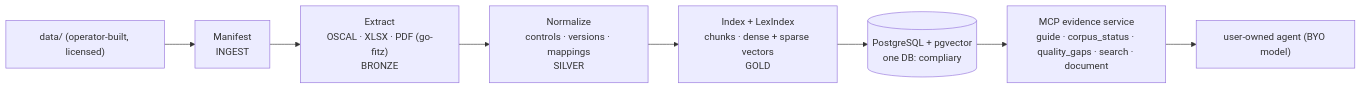
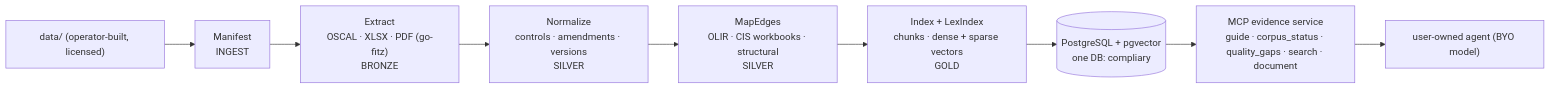
One commit to dannyota/compliary changed the diagram in docs/ARCHITECTURE.md. Above: the diagram before and after it, drawn with Mermaid. The commit also changed other lines of this file and 7 other files, not shown here.

````diff
--- a/docs/ARCHITECTURE.md
+++ b/docs/ARCHITECTURE.md
@@ -81,10 +86,11 @@
 ```mermaid
 graph LR
   D["data/ (operator-built, licensed)"] --> M["Manifest<br/>INGEST"]
   M --> E["Extract<br/>OSCAL · XLSX · PDF (go-fitz)<br/>BRONZE"]
-  E --> N["Normalize<br/>controls · versions · mappings<br/>SILVER"]
-  N --> I["Index + LexIndex<br/>chunks · dense + sparse vectors<br/>GOLD"]
+  E --> N["Normalize<br/>controls · amendments · versions<br/>SILVER"]
+  N --> X["MapEdges<br/>OLIR · CIS workbooks · structural<br/>SILVER"]
+  X --> I["Index + LexIndex<br/>chunks · dense + sparse vectors<br/>GOLD"]
   I --> DB[("PostgreSQL + pgvector<br/>one DB: compliary")]
   DB --> MCP["MCP evidence service<br/>guide · corpus_status · quality_gaps · search · document"]
   MCP --> A["user-owned agent (BYO model)"]
 ```
````
